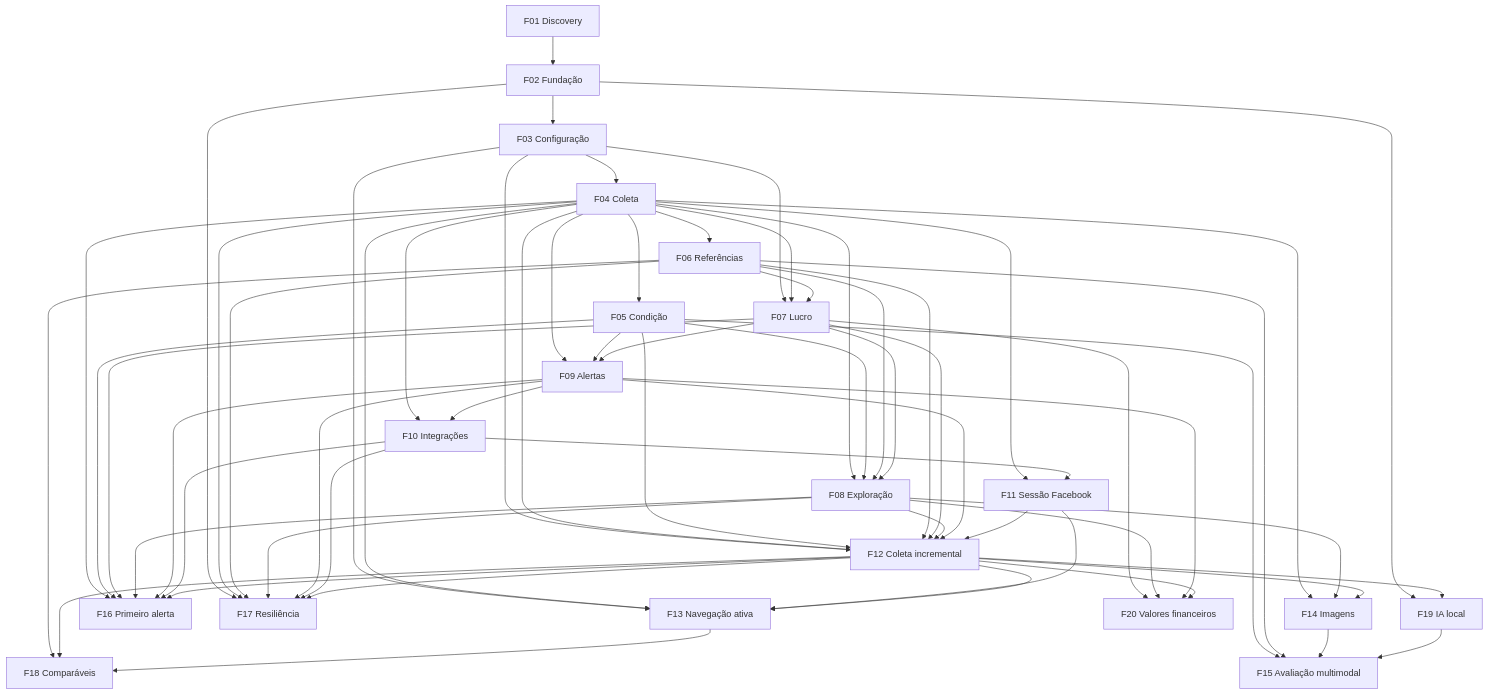
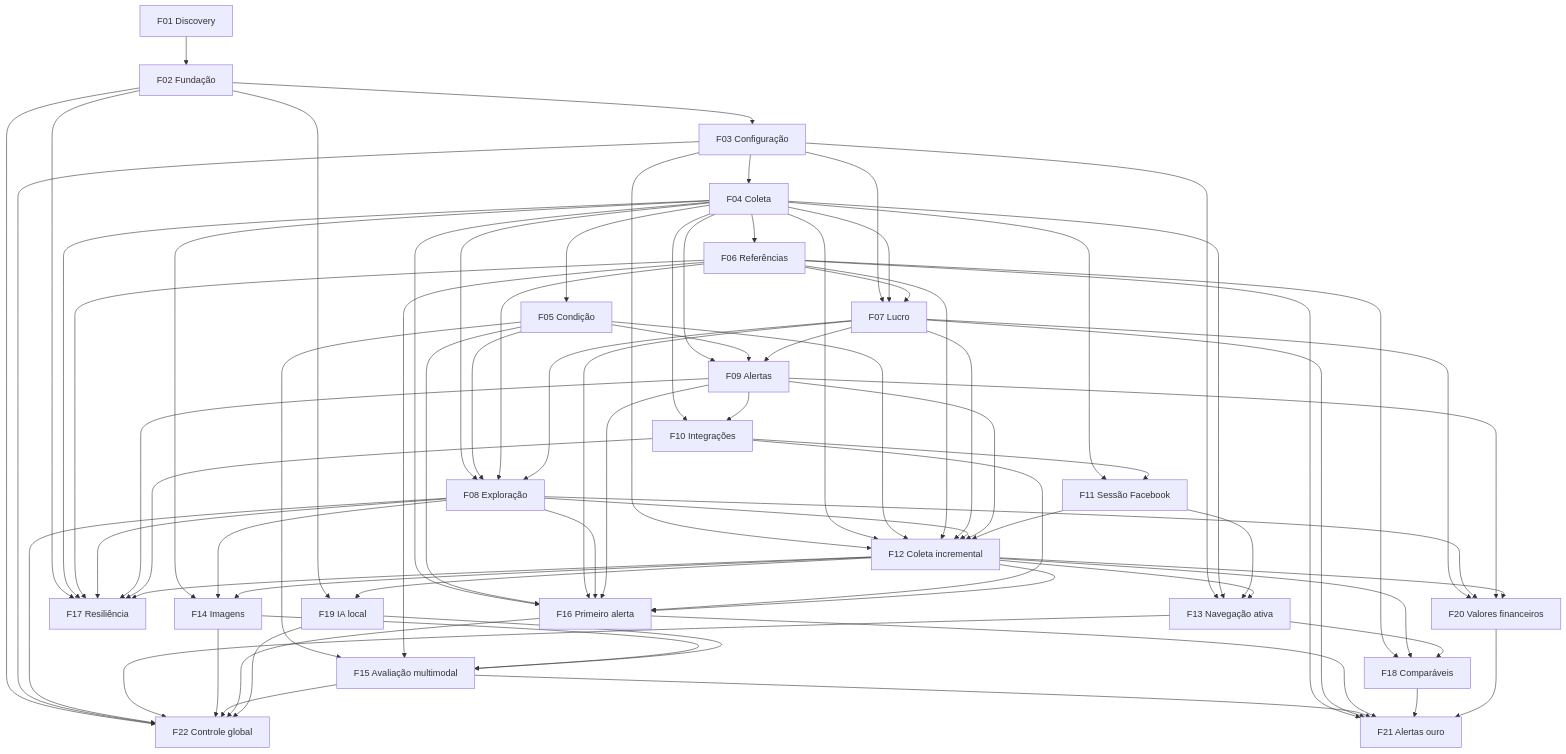
Before and after one commit to marceloamoreno87/garimpei: the diagram in docs/PRD.md, drawn with Mermaid. The commit also changed other lines of this file and 7 other files, not shown here.

Commit message:
docs: especifica alertas ouro e controle global

````diff
--- a/docs/PRD.md
+++ b/docs/PRD.md
@@ -700,6 +758,8 @@
   F19["F19 IA local"]
   F15["F15 Avaliação multimodal"]
   F20["F20 Valores financeiros"]
+  F22["F22 Controle global"]
+  F21["F21 Alertas ouro"]
   F01 --> F02
   F02 --> F03
   F03 --> F04
@@ -761,4 +821,18 @@
   F08 --> F20
   F09 --> F20
   F12 --> F20
+  F06 --> F21
+  F07 --> F21
+  F15 --> F21
+  F16 --> F21
+  F18 --> F21
+  F20 --> F21
+  F02 --> F22
+  F03 --> F22
+  F08 --> F22
+  F13 --> F22
+  F14 --> F22
+  F15 --> F22
+  F16 --> F22
+  F19 --> F22
 ```
````
